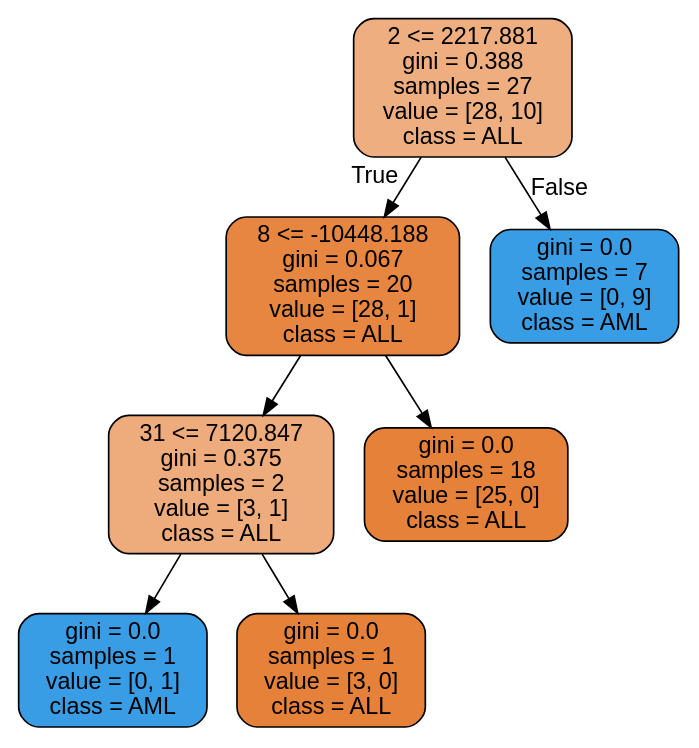
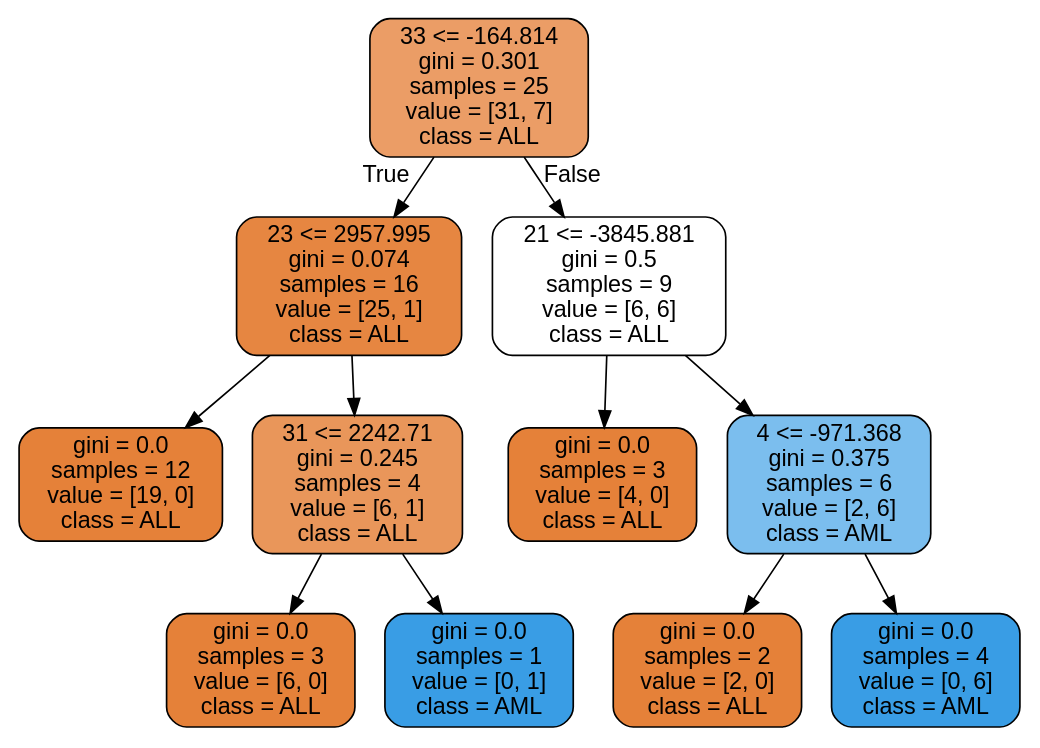
Before and after one commit to CornelisseMichael/Datamining: the diagram in project/images/random_forrest.dot, drawn with Graphviz. The commit also changed 2 other files, not shown here.

```diff
--- a/project/images/random_forrest.dot
+++ b/project/images/random_forrest.dot
@@ -1,17 +1,25 @@
 digraph Tree {
 node [shape=box, style="filled, rounded", color="black", fontname=helvetica] ;
 edge [fontname=helvetica] ;
-0 [label="2 <= 2217.881\ngini = 0.388\nsamples = 27\nvalue = [28, 10]\nclass = ALL", fillcolor="#eeae80"] ;
-1 [label="8 <= -10448.188\ngini = 0.067\nsamples = 20\nvalue = [28, 1]\nclass = ALL", fillcolor="#e68640"] ;
+0 [label="33 <= -164.814\ngini = 0.301\nsamples = 25\nvalue = [31, 7]\nclass = ALL", fillcolor="#eb9d66"] ;
+1 [label="23 <= 2957.995\ngini = 0.074\nsamples = 16\nvalue = [25, 1]\nclass = ALL", fillcolor="#e68641"] ;
 0 -> 1 [labeldistance=2.5, labelangle=45, headlabel="True"] ;
-2 [label="31 <= 7120.847\ngini = 0.375\nsamples = 2\nvalue = [3, 1]\nclass = ALL", fillcolor="#eeab7b"] ;
+2 [label="gini = 0.0\nsamples = 12\nvalue = [19, 0]\nclass = ALL", fillcolor="#e58139"] ;
 1 -> 2 ;
-3 [label="gini = 0.0\nsamples = 1\nvalue = [0, 1]\nclass = AML", fillcolor="#399de5"] ;
-2 -> 3 ;
-4 [label="gini = 0.0\nsamples = 1\nvalue = [3, 0]\nclass = ALL", fillcolor="#e58139"] ;
-2 -> 4 ;
-5 [label="gini = 0.0\nsamples = 18\nvalue = [25, 0]\nclass = ALL", fillcolor="#e58139"] ;
-1 -> 5 ;
-6 [label="gini = 0.0\nsamples = 7\nvalue = [0, 9]\nclass = AML", fillcolor="#399de5"] ;
+3 [label="31 <= 2242.71\ngini = 0.245\nsamples = 4\nvalue = [6, 1]\nclass = ALL", fillcolor="#e9965a"] ;
+1 -> 3 ;
+4 [label="gini = 0.0\nsamples = 3\nvalue = [6, 0]\nclass = ALL", fillcolor="#e58139"] ;
+3 -> 4 ;
+5 [label="gini = 0.0\nsamples = 1\nvalue = [0, 1]\nclass = AML", fillcolor="#399de5"] ;
+3 -> 5 ;
+6 [label="21 <= -3845.881\ngini = 0.5\nsamples = 9\nvalue = [6, 6]\nclass = ALL", fillcolor="#ffffff"] ;
 0 -> 6 [labeldistance=2.5, labelangle=-45, headlabel="False"] ;
+7 [label="gini = 0.0\nsamples = 3\nvalue = [4, 0]\nclass = ALL", fillcolor="#e58139"] ;
+6 -> 7 ;
+8 [label="4 <= -971.368\ngini = 0.375\nsamples = 6\nvalue = [2, 6]\nclass = AML", fillcolor="#7bbeee"] ;
+6 -> 8 ;
+9 [label="gini = 0.0\nsamples = 2\nvalue = [2, 0]\nclass = ALL", fillcolor="#e58139"] ;
+8 -> 9 ;
+10 [label="gini = 0.0\nsamples = 4\nvalue = [0, 6]\nclass = AML", fillcolor="#399de5"] ;
+8 -> 10 ;
 }
```
